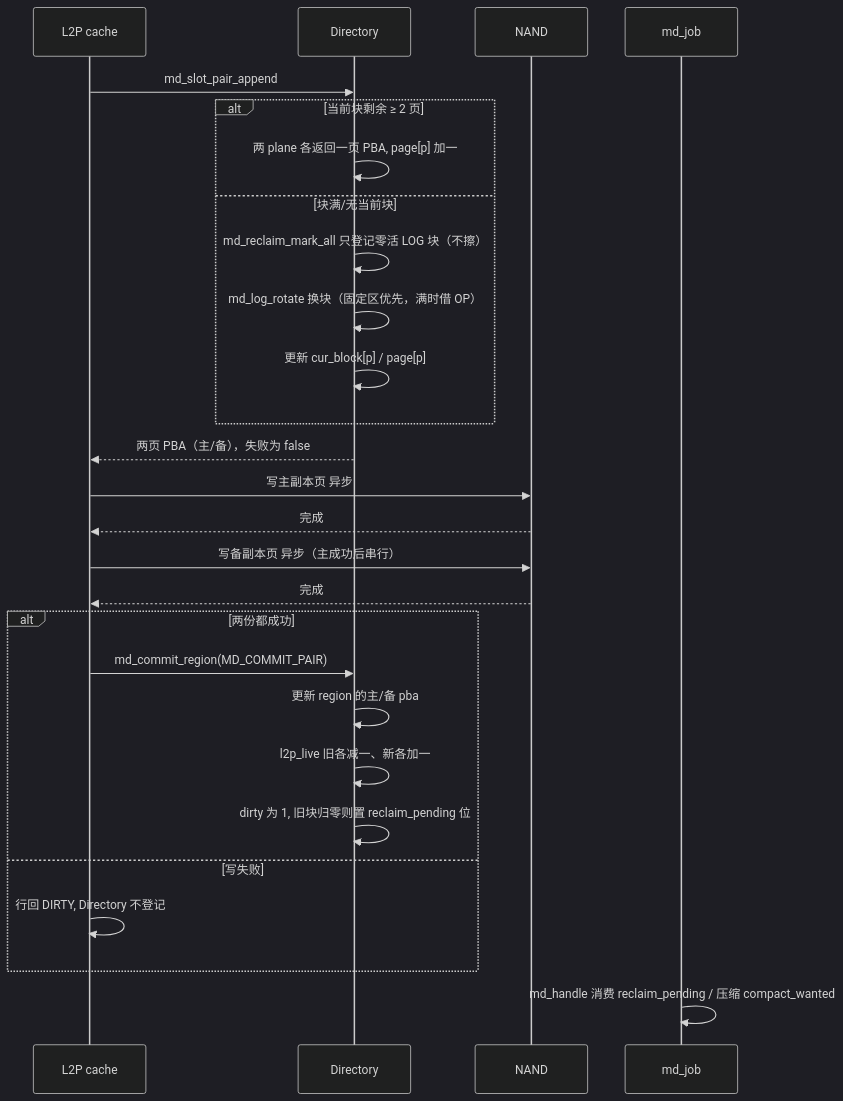
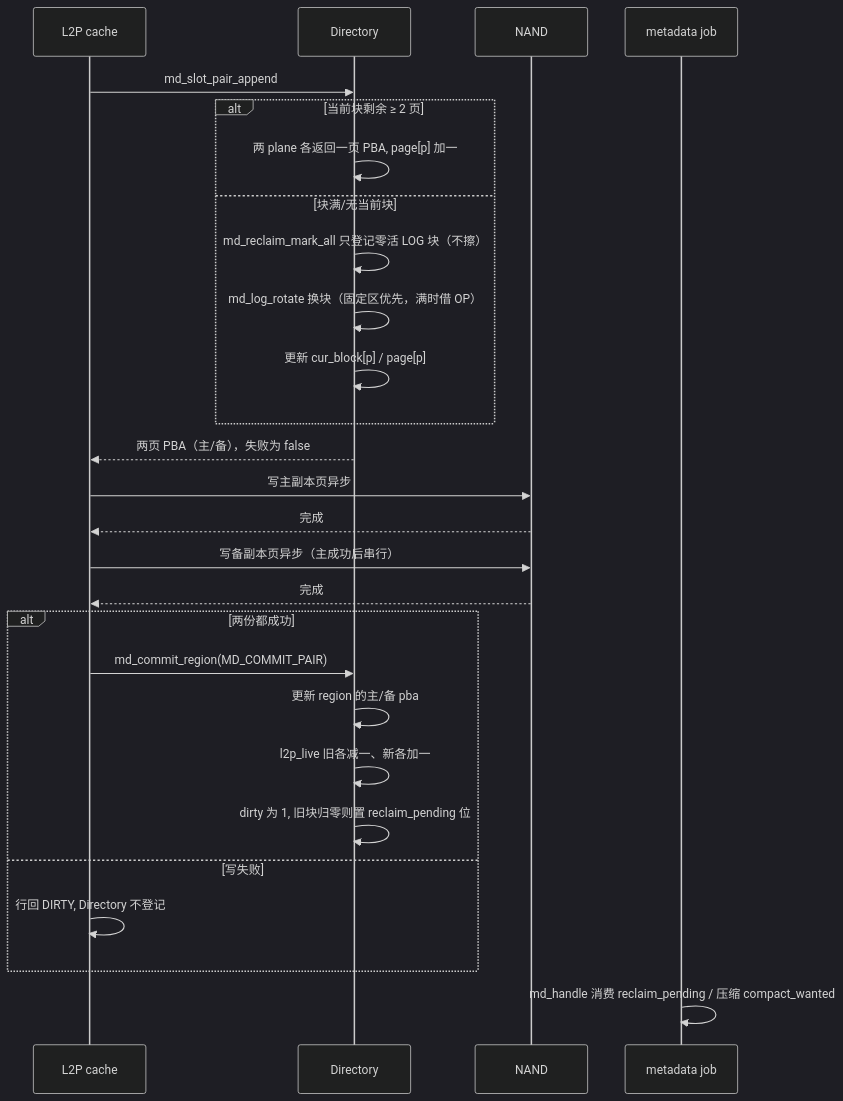
Diagram 11 of 36 in docs/design/ftl_design.md (YzYMIAO/BASESSD), drawn with Mermaid (dark theme) before and after one commit. The commit also changed other lines of this file and 49 other files, not shown here.

````diff
--- a/docs/design/ftl_design.md
+++ b/docs/design/ftl_design.md
@@ -1937,30 +1865,30 @@
 ```mermaid
 sequenceDiagram
-    participant C as L2P cache
-    participant D as Directory
-    participant N as NAND
-    participant J as md_job
+ participant C as L2P cache
+ participant D as Directory
+ participant N as NAND
+ participant J as metadata job
 
-    C->>D: md_slot_pair_append
-    alt 当前块剩余 ≥ 2 页
-        D->>D: 两 plane 各返回一页 PBA, page[p] 加一
-    else 块满/无当前块
-        D->>D: md_reclaim_mark_all 只登记零活 LOG 块（不擦）
-        D->>D: md_log_rotate 换块（固定区优先，满时借 OP）
-        D->>D: 更新 cur_block[p] / page[p]
-    end
-    D-->>C: 两页 PBA（主/备），失败为 false
-    C->>N: 写主副本页 异步
-    N-->>C: 完成
-    C->>N: 写备副本页 异步（主成功后串行）
-    N-->>C: 完成
-    alt 两份都成功
-        C->>D: md_commit_region(MD_COMMIT_PAIR)
-        D->>D: 更新 region 的主/备 pba
-        D->>D: l2p_live 旧各减一、新各加一
-        D->>D: dirty 为 1, 旧块归零则置 reclaim_pending 位
-    else 写失败
-        C->>C: 行回 DIRTY, Directory 不登记
-    end
-    J->>J: md_handle 消费 reclaim_pending / 压缩 compact_wanted
+ C->>D: md_slot_pair_append
+ alt 当前块剩余 ≥ 2 页
+  D->>D: 两 plane 各返回一页 PBA, page[p] 加一
+ else 块满/无当前块
+  D->>D: md_reclaim_mark_all 只登记零活 LOG 块（不擦）
+  D->>D: md_log_rotate 换块（固定区优先，满时借 OP）
+  D->>D: 更新 cur_block[p] / page[p]
+ end
+ D-->>C: 两页 PBA（主/备），失败为 false
+ C->>N: 写主副本页异步
+ N-->>C: 完成
+ C->>N: 写备副本页异步（主成功后串行）
+ N-->>C: 完成
+ alt 两份都成功
+  C->>D: md_commit_region(MD_COMMIT_PAIR)
+  D->>D: 更新 region 的主/备 pba
+  D->>D: l2p_live 旧各减一、新各加一
+  D->>D: dirty 为 1, 旧块归零则置 reclaim_pending 位
+ else 写失败
+  C->>C: 行回 DIRTY, Directory 不登记
+ end
+ J->>J: md_handle 消费 reclaim_pending / 压缩 compact_wanted
 ```
````
